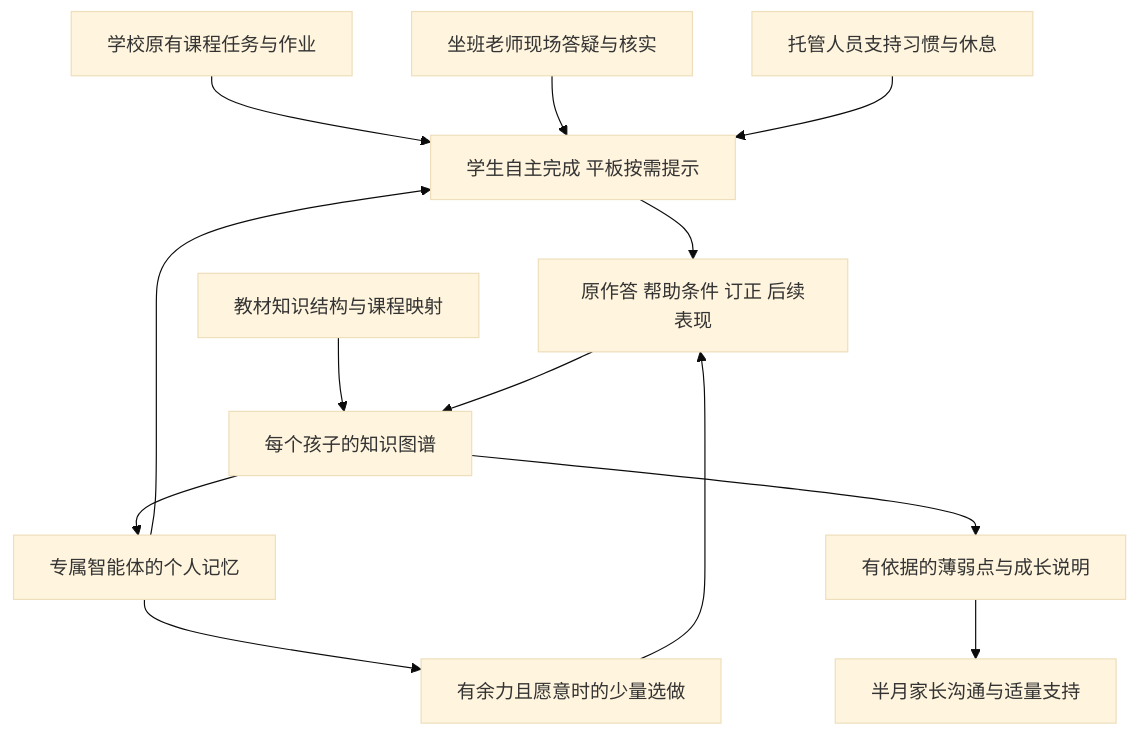
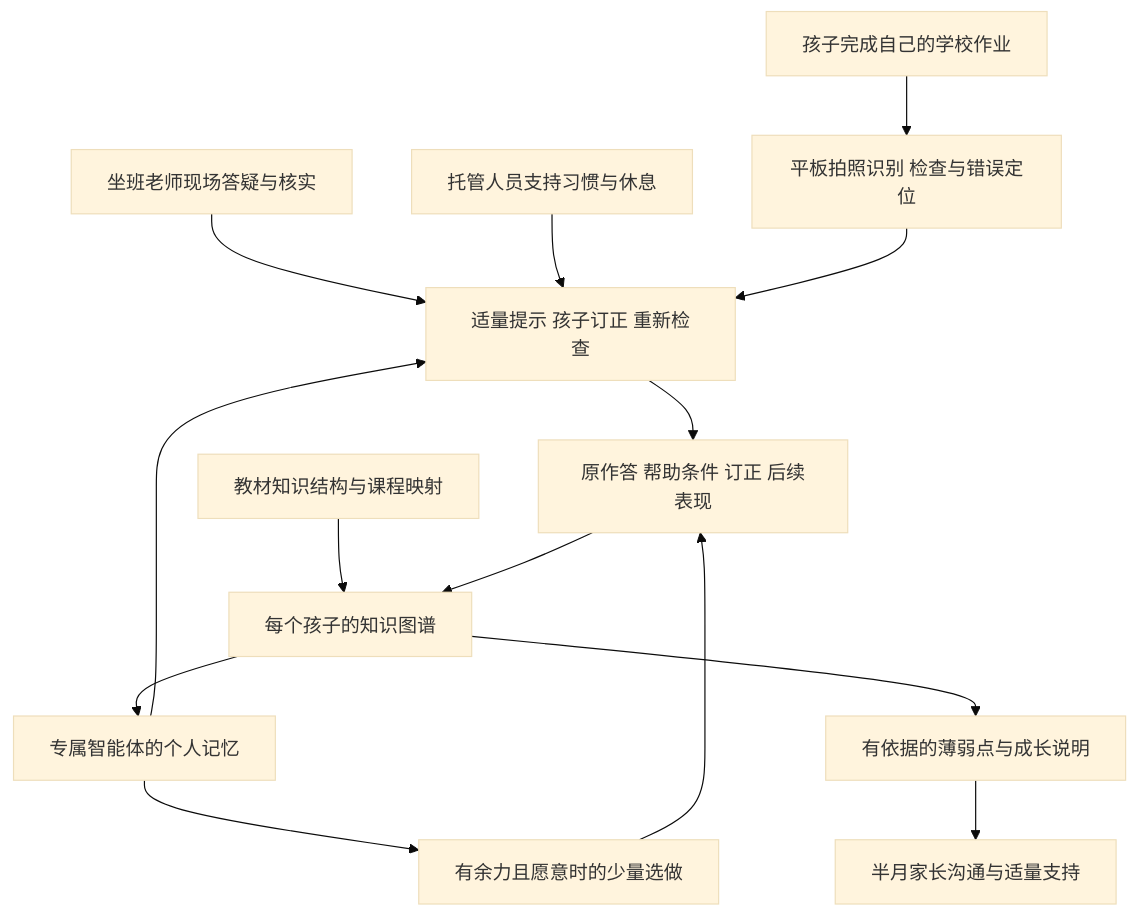
The diagram in blueprint-v3/00-产品总纲与开发入口.md (2530185073/XueBan), drawn with Mermaid (base theme) before and after one commit. The commit also changed other lines of this file and 10 other files, not shown here.

Commit message:
docs: make tablet photo correction the primary product flow

````diff
--- a/blueprint-v3/00-产品总纲与开发入口.md
+++ b/blueprint-v3/00-产品总纲与开发入口.md
@@ -28,15 +28,16 @@
 ```mermaid
 flowchart TB
-  S[学校原有课程任务与作业] --> A[学生自主完成 平板按需提示]
-  T[坐班老师现场答疑与核实] --> A
-  C[托管人员支持习惯与休息] --> A
-  A --> E[原作答 帮助条件 订正 后续表现]
+  S[孩子完成自己的学校作业] --> X[平板拍照识别 检查与错误定位]
+  T[坐班老师现场答疑与核实] --> Y
+  C[托管人员支持习惯与休息] --> Y
+  X --> Y[适量提示 孩子订正 重新检查]
+  Y --> E[原作答 帮助条件 订正 后续表现]
   K[教材知识结构与课程映射] --> G[每个孩子的知识图谱]
   E --> G
   G --> M[专属智能体的个人记忆]
-  M --> A
+  M --> Y
   G --> R[有依据的薄弱点与成长说明]
   R --> P[半月家长沟通与适量支持]
   M --> O[有余力且愿意时的少量选做]
   O --> E
 ```
````
